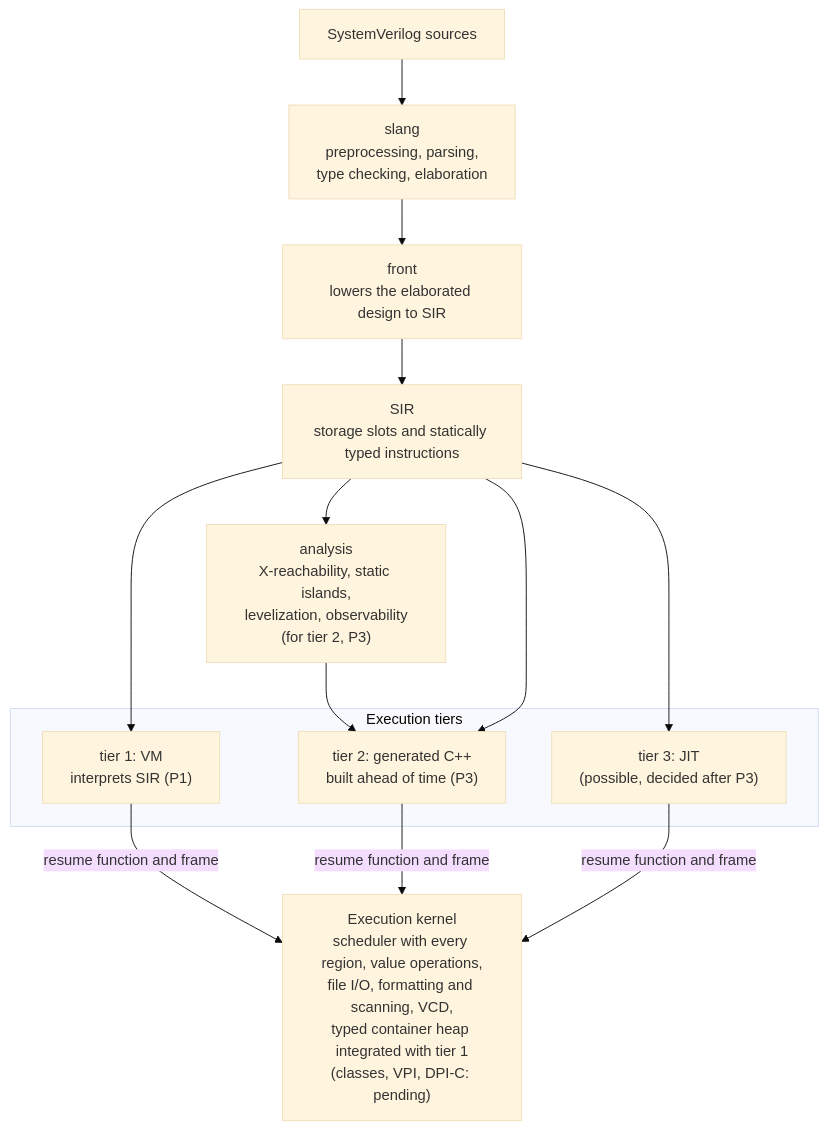
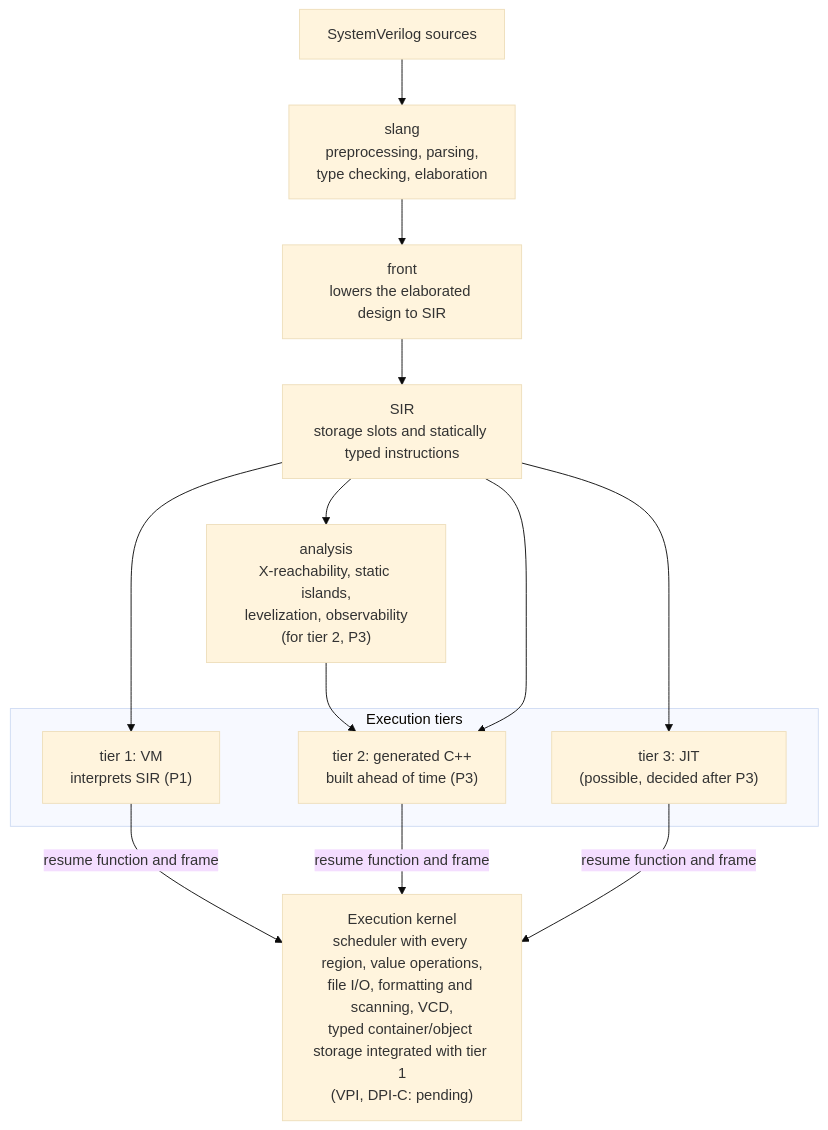
One commit to kurochan001/kirimasim changed the diagram in README.md. Above: the diagram before and after it, drawn with Mermaid (base theme). The commit also changed other lines of this file and 23 other files, not shown here.

````diff
--- a/README.md
+++ b/README.md
@@ -811,22 +826,22 @@
 ```mermaid
 flowchart TD
     src["SystemVerilog sources"]
     slang["slang<br/>preprocessing, parsing,<br/>type checking, elaboration"]
     front["front<br/>lowers the elaborated design to SIR"]
     sir["SIR<br/>storage slots and statically typed instructions"]
     analysis["analysis<br/>X-reachability, static islands,<br/>levelization, observability<br/>(for tier 2, P3)"]
     subgraph tiers["Execution tiers"]
         t1["tier 1: VM<br/>interprets SIR (P1)"]
         t2["tier 2: generated C++<br/>built ahead of time (P3)"]
         t3["tier 3: JIT<br/>(possible, decided after P3)"]
     end
-    kernel["Execution kernel<br/>scheduler with every region, value operations,<br/>file I/O, formatting and scanning, VCD,<br/>typed container heap integrated with tier 1<br/>(classes, VPI, DPI-C: pending)"]
+    kernel["Execution kernel<br/>scheduler with every region, value operations,<br/>file I/O, formatting and scanning, VCD,<br/>typed container/object storage integrated with tier 1<br/>(VPI, DPI-C: pending)"]
     src --> slang --> front --> sir
     sir --> t1
     sir --> analysis --> t2
     sir --> t2
     sir --> t3
     t1 -->|"resume function and frame"| kernel
     t2 -->|"resume function and frame"| kernel
     t3 -->|"resume function and frame"| kernel
 ```
````
